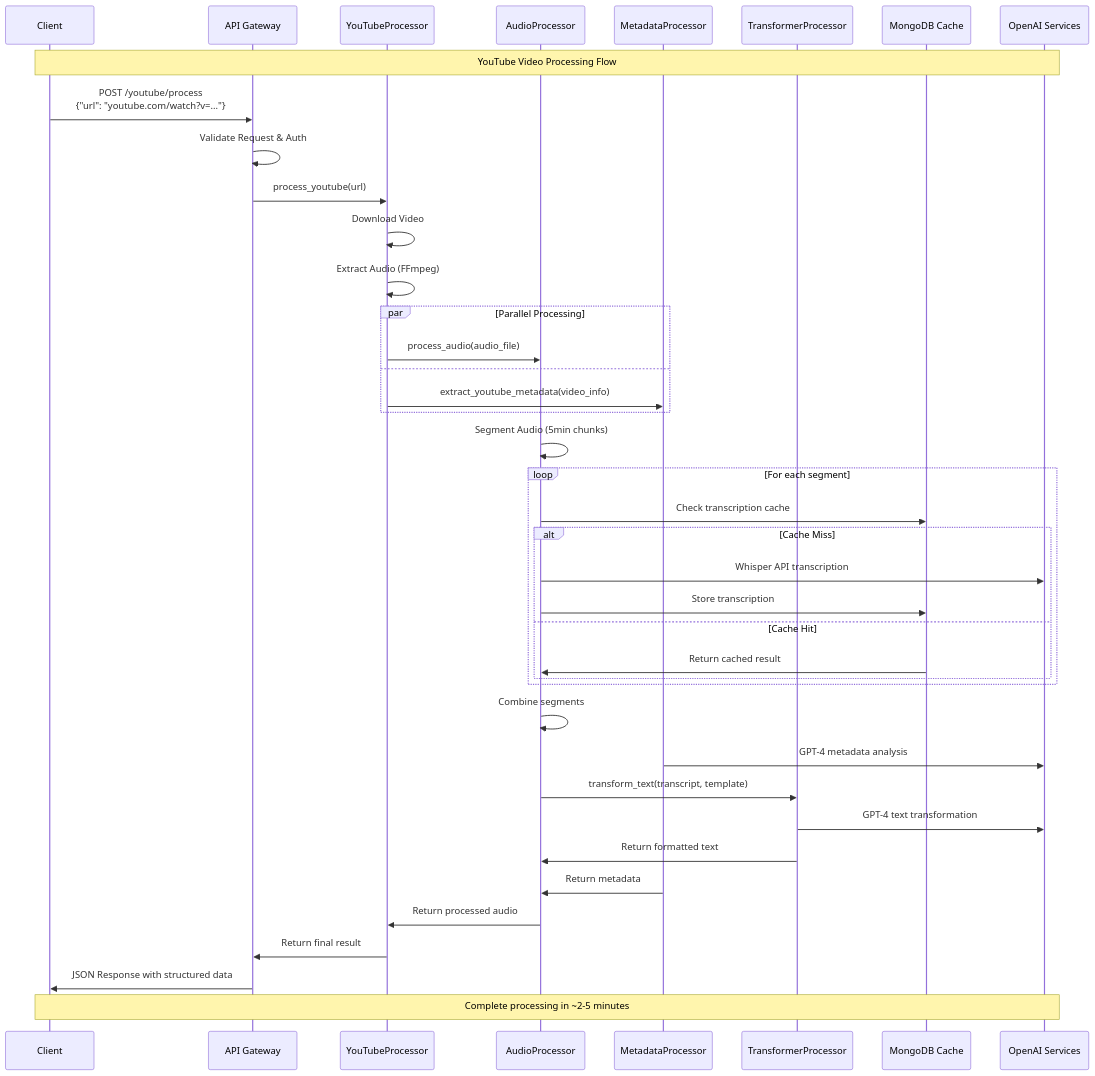
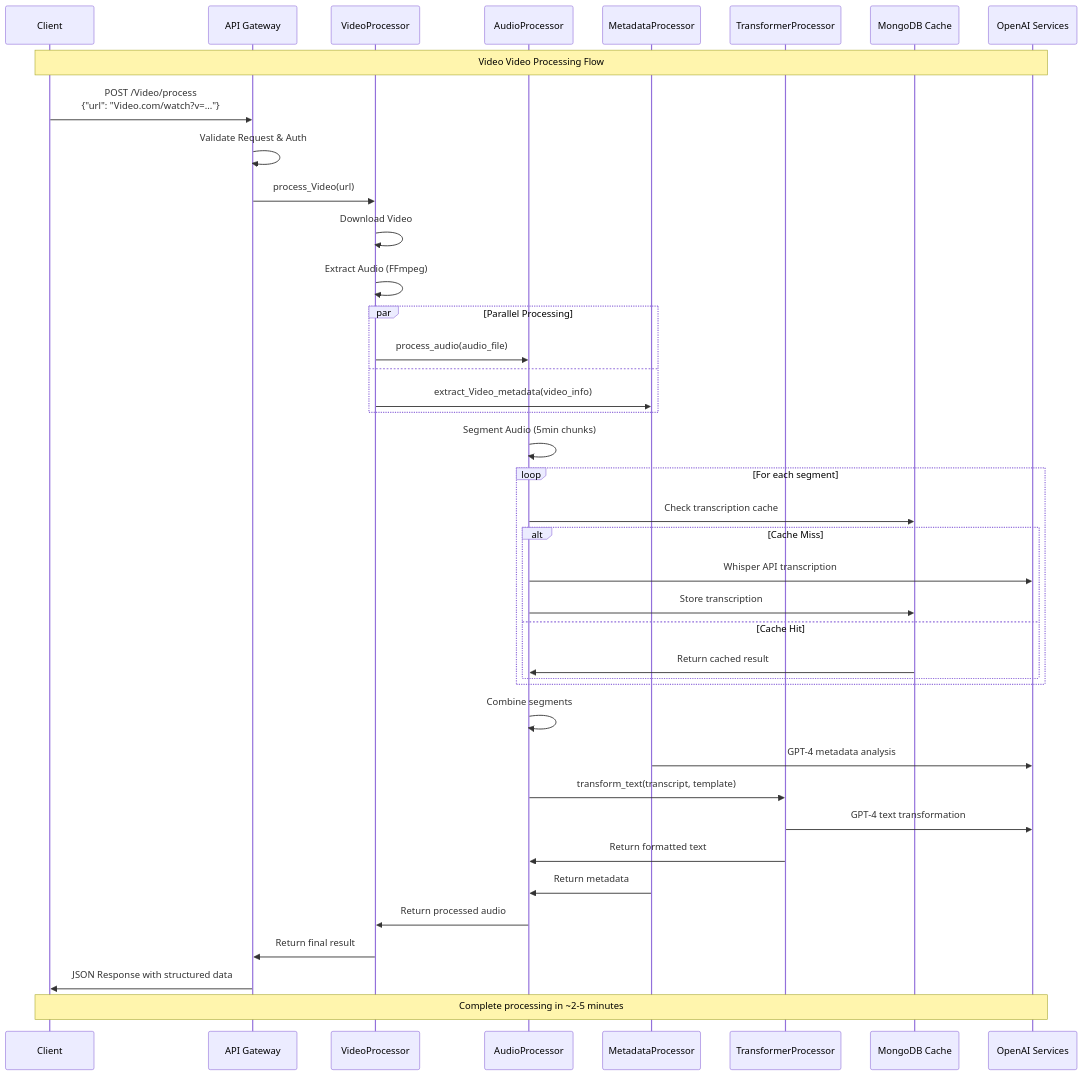
The sixth of 7 diagrams in docs/powerpoint/Secretary_Services_Präsentation.md (bCommonsLAB/CommonSecretaryServices), drawn with Mermaid before and after one commit. The commit also changed other lines of this file and 1 other file, not shown here.

````diff
--- a/docs/powerpoint/Secretary_Services_Präsentation.md
+++ b/docs/powerpoint/Secretary_Services_Präsentation.md
@@ -295,52 +295,52 @@
 ```mermaid
 sequenceDiagram
     participant Client
     participant API as API Gateway
-    participant YT as YouTubeProcessor
+    participant YT as VideoProcessor
     participant Audio as AudioProcessor
     participant Meta as MetadataProcessor
     participant Trans as TransformerProcessor
     participant Cache as MongoDB Cache
     participant OpenAI as OpenAI Services
     
-    Note over Client,OpenAI: YouTube Video Processing Flow
+    Note over Client,OpenAI: Video Video Processing Flow
     
-    Client->>API: POST /youtube/process<br/>{"url": "youtube.com/watch?v=..."}
+    Client->>API: POST /Video/process<br/>{"url": "Video.com/watch?v=..."}
     API->>API: Validate Request & Auth
-    API->>YT: process_youtube(url)
+    API->>YT: process_Video(url)
     
     YT->>YT: Download Video
     YT->>YT: Extract Audio (FFmpeg)
     
     par Parallel Processing
         YT->>Audio: process_audio(audio_file)
         and
-        YT->>Meta: extract_youtube_metadata(video_info)
+        YT->>Meta: extract_Video_metadata(video_info)
     end
     
     Audio->>Audio: Segment Audio (5min chunks)
     
     loop For each segment
         Audio->>Cache: Check transcription cache
         alt Cache Miss
             Audio->>OpenAI: Whisper API transcription
             Audio->>Cache: Store transcription
         else Cache Hit
             Cache->>Audio: Return cached result
         end
     end
     
     Audio->>Audio: Combine segments
     Meta->>OpenAI: GPT-4 metadata analysis
     
     Audio->>Trans: transform_text(transcript, template)
     Trans->>OpenAI: GPT-4 text transformation
     Trans->>Audio: Return formatted text
     
     Meta->>Audio: Return metadata
     Audio->>YT: Return processed audio
     YT->>API: Return final result
     API->>Client: JSON Response with structured data
     
     Note over Client,OpenAI: Complete processing in ~2-5 minutes
 ```
````
